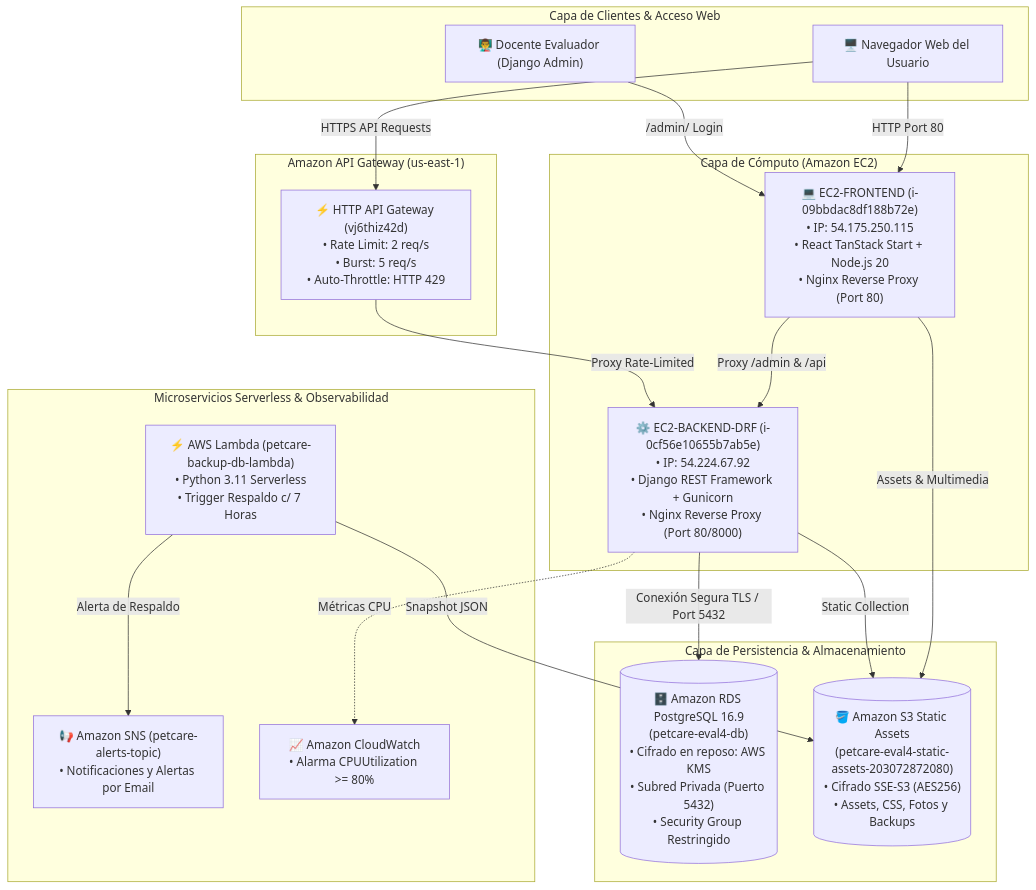
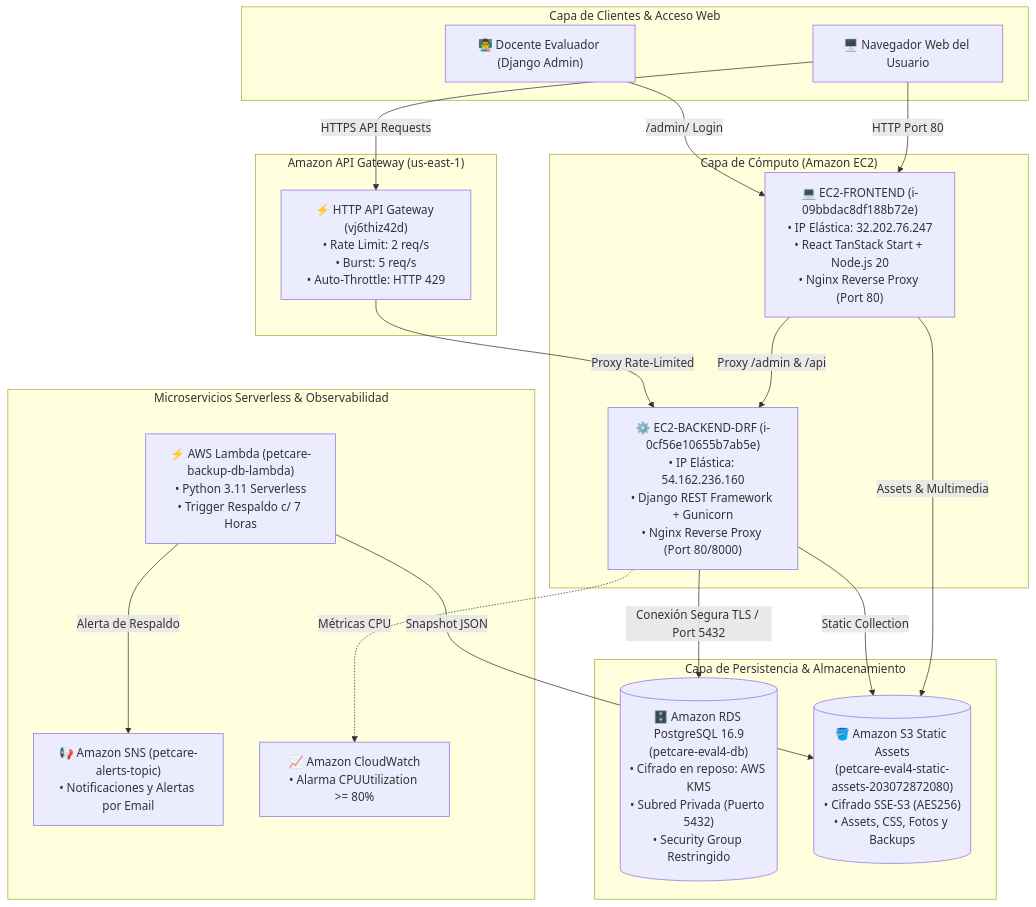
One commit to sebatmail/AWS-BACKEND-4 changed the diagram in README.md. Above: the diagram before and after it, drawn with Mermaid. The commit also changed other lines of this file and 1 other file, not shown here.

Commit message:
docs: actualizar IPs elásticas asignadas (Frontend: 32.202.76.247, Backend: 54.162.236.160)

````diff
--- a/README.md
+++ b/README.md
@@ -47,39 +47,39 @@
 ```mermaid
 flowchart TD
     subgraph CLIENTES [" Capa de Clientes & Acceso Web "]
         Browser["🖥️ Navegador Web del Usuario"]
         AdminUser["👨‍🏫 Docente Evaluador (Django Admin)"]
     end
 
     subgraph AWS_GATEWAY [" Amazon API Gateway (us-east-1) "]
         APIGW["⚡ HTTP API Gateway (vj6thiz42d)\n• Rate Limit: 2 req/s\n• Burst: 5 req/s\n• Auto-Throttle: HTTP 429"]
     end
 
     subgraph AWS_COMPUTE [" Capa de Cómputo (Amazon EC2) "]
-        EC2_FRONT["💻 EC2-FRONTEND (i-09bbdac8df188b72e)\n• IP: 54.175.250.115\n• React TanStack Start + Node.js 20\n• Nginx Reverse Proxy (Port 80)"]
-        EC2_BACK["⚙️ EC2-BACKEND-DRF (i-0cf56e10655b7ab5e)\n• IP: 54.224.67.92\n• Django REST Framework + Gunicorn\n• Nginx Reverse Proxy (Port 80/8000)"]
+        EC2_FRONT["💻 EC2-FRONTEND (i-09bbdac8df188b72e)\n• IP Elástica: 32.202.76.247\n• React TanStack Start + Node.js 20\n• Nginx Reverse Proxy (Port 80)"]
+        EC2_BACK["⚙️ EC2-BACKEND-DRF (i-0cf56e10655b7ab5e)\n• IP Elástica: 54.162.236.160\n• Django REST Framework + Gunicorn\n• Nginx Reverse Proxy (Port 80/8000)"]
     end
 
     subgraph AWS_PERSISTENCE [" Capa de Persistencia & Almacenamiento "]
         RDS_PG[("🗄️ Amazon RDS PostgreSQL 16.9\n(petcare-eval4-db)\n• Cifrado en reposo: AWS KMS\n• Subred Privada (Puerto 5432)\n• Security Group Restringido")]
         S3_BUCKET[("🪣 Amazon S3 Static Assets\n(petcare-eval4-static-assets-203072872080)\n• Cifrado SSE-S3 (AES256)\n• Assets, CSS, Fotos y Backups")]
     end
 
     subgraph AWS_SERVERLESS [" Microservicios Serverless & Observabilidad "]
         LAMBDA["⚡ AWS Lambda (petcare-backup-db-lambda)\n• Python 3.11 Serverless\n• Trigger Respaldo c/ 7 Horas"]
         SNS["📢 Amazon SNS (petcare-alerts-topic)\n• Notificaciones y Alertas por Email"]
         CW["📈 Amazon CloudWatch\n• Alarma CPUUtilization >= 80%"]
     end
 
     Browser -->|HTTP Port 80| EC2_FRONT
     AdminUser -->|/admin/ Login| EC2_FRONT
     EC2_FRONT -->|Proxy /admin & /api| EC2_BACK
     Browser -->|HTTPS API Requests| APIGW
     APIGW -->|Proxy Rate-Limited| EC2_BACK
     EC2_BACK -->|Conexión Segura TLS / Port 5432| RDS_PG
     EC2_FRONT -->|Assets & Multimedia| S3_BUCKET
     EC2_BACK -->|Static Collection| S3_BUCKET
     LAMBDA -->|Snapshot JSON| S3_BUCKET
     LAMBDA -->|Alerta de Respaldo| SNS
     EC2_BACK -.->|Métricas CPU| CW
 ```
````
